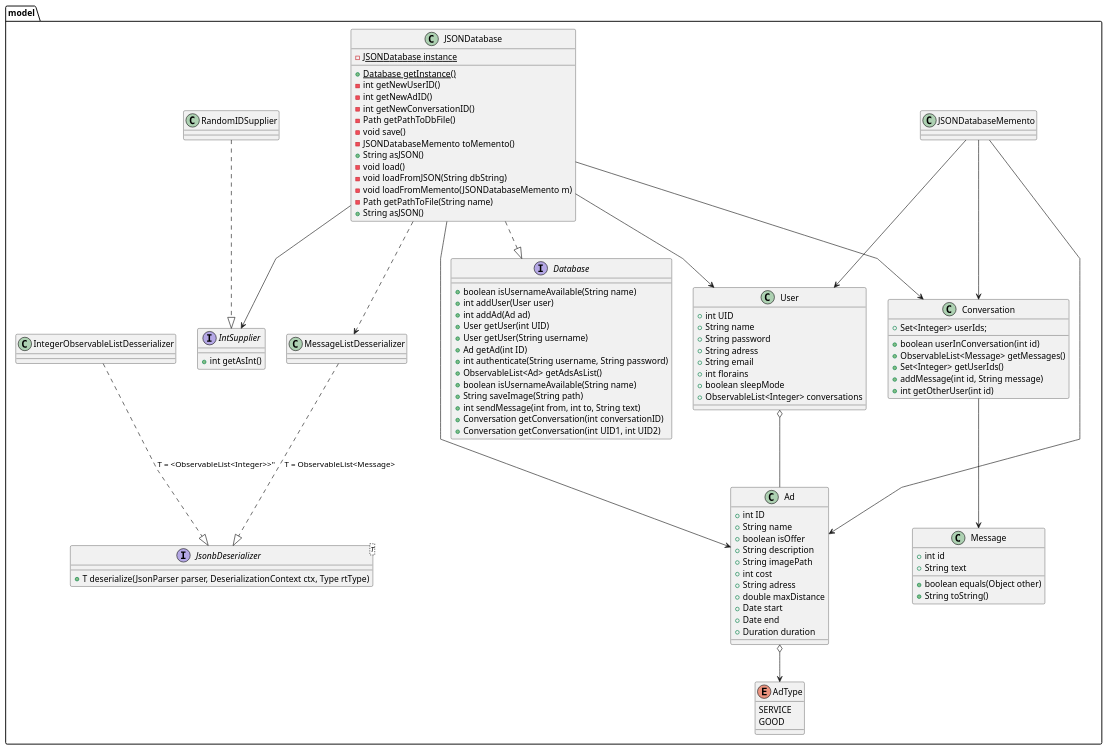
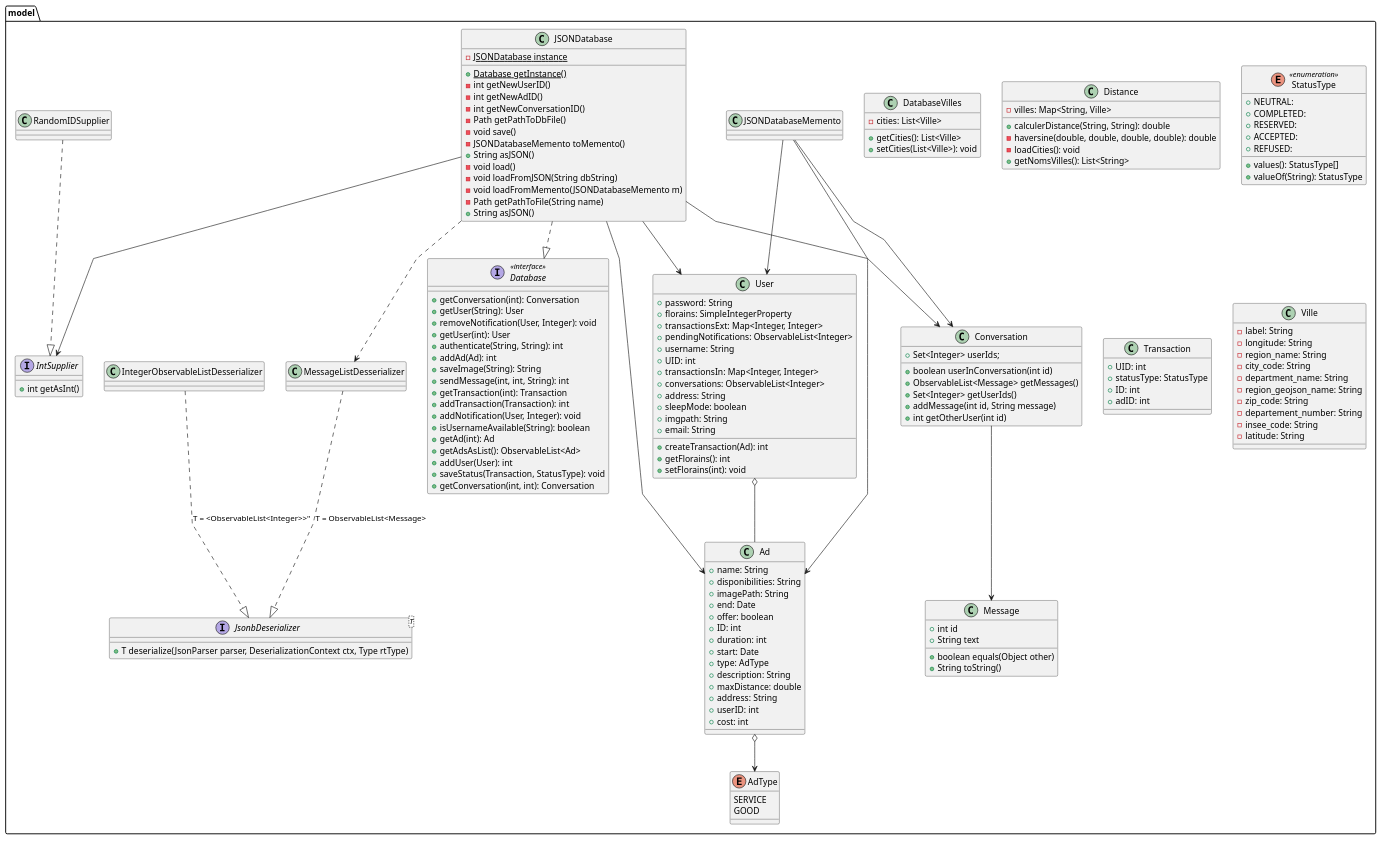
Before and after one commit to Nic0Fernandez/Direct_Dealing: the diagram in diagrams/class.puml, drawn with PlantUML. The commit also changed 1 other file, not shown here.

Commit message:
class for diagram

```diff
--- a/diagrams/class.puml
+++ b/diagrams/class.puml
@@ -1,112 +1,172 @@
 @startuml "class"
 
 skinparam linetype polyline
 package model {
   class User {
-    + int UID
-    + String name
-    + String password
-    + String adress
-    + String email
-    + int florains
-    + boolean sleepMode
-    + ObservableList<Integer> conversations
+    + password: String
+    + florains: SimpleIntegerProperty
+    + transactionsExt: Map<Integer, Integer>
+    + pendingNotifications: ObservableList<Integer>
+    + username: String
+    + UID: int
+    + transactionsIn: Map<Integer, Integer>
+    + conversations: ObservableList<Integer>
+    + address: String
+    + sleepMode: boolean
+    + imgpath: String
+    + email: String
+    + createTransaction(Ad): int
+    + getFlorains(): int
+    + setFlorains(int): void
   }
-
   User o-- Ad
 
   Enum AdType {
     SERVICE
     GOOD
   }
 
   class Ad {
-    + int ID
-    + String name
-    + boolean isOffer
-    + String description
-    + String imagePath
-    + int cost
-    + String adress
-    + double maxDistance
-    + Date start
-    + Date end
-    + Duration duration
-  }
+  + name: String
+  + disponibilities: String
+  + imagePath: String
+  + end: Date
+  + offer: boolean
+  + ID: int
+  + duration: int
+  + start: Date
+  + type: AdType
+  + description: String
+  + maxDistance: double
+  + address: String
+  + userID: int
+  + cost: int
+}
   Ad o--> AdType
 
-  interface Database {
-    + boolean isUsernameAvailable(String name)
-    + int addUser(User user)
-    + int addAd(Ad ad)
-    + User getUser(int UID)
-    + User getUser(String username)
-    + Ad getAd(int ID)
-    + int authenticate(String username, String password)
-    + ObservableList<Ad> getAdsAsList()
-    + boolean isUsernameAvailable(String name)
-    + String saveImage(String path)
-    + int sendMessage(int from, int to, String text)
-    + Conversation getConversation(int conversationID)
-    + Conversation getConversation(int UID1, int UID2)
+  interface Database << interface >> {
+    + getConversation(int): Conversation
+    + getUser(String): User
+    + removeNotification(User, Integer): void
+    + getUser(int): User
+    + authenticate(String, String): int
+    + addAd(Ad): int
+    + saveImage(String): String
+    + sendMessage(int, int, String): int
+    + getTransaction(int): Transaction
+    + addTransaction(Transaction): int
+    + addNotification(User, Integer): void
+    + isUsernameAvailable(String): boolean
+    + getAd(int): Ad
+    + getAdsAsList(): ObservableList<Ad>
+    + addUser(User): int
+    + saveStatus(Transaction, StatusType): void
+    + getConversation(int, int): Conversation
   }
+
   class JSONDatabase {
     - {static} JSONDatabase instance
     + {static} Database getInstance()
     - int getNewUserID()
     - int getNewAdID()
     - int getNewConversationID()
     - Path getPathToDbFile()
     - void save()
     - JSONDatabaseMemento toMemento()
     + String asJSON()
     - void load()
     - void loadFromJSON(String dbString)
     - void loadFromMemento(JSONDatabaseMemento m)
     - Path getPathToFile(String name)
     + String asJSON()
   }
 
+  class DatabaseVilles {
+    - cities: List<Ville>
+    + getCities(): List<Ville>
+    + setCities(List<Ville>): void
+  }
+
+  class Distance {
+    - villes: Map<String, Ville>
+    + calculerDistance(String, String): double
+    - haversine(double, double, double, double): double
+    - loadCities(): void
+    + getNomsVilles(): List<String>
+  }
+
   class Message {
     + int id
     + String text
     + boolean equals(Object other)
     + String toString()
   }
 
   class Conversation {
     + Set<Integer> userIds;
     + boolean userInConversation(int id)
     + ObservableList<Message> getMessages()
     + Set<Integer> getUserIds()
     + addMessage(int id, String message)
     + int getOtherUser(int id)
   }
+
+  enum StatusType << enumeration >> {
+    + NEUTRAL: 
+    + COMPLETED: 
+    + RESERVED: 
+    + ACCEPTED: 
+    + REFUSED: 
+    + values(): StatusType[]
+    + valueOf(String): StatusType
+  }
+
+  class Transaction {
+    + UID: int
+    + statusType: StatusType
+    + ID: int
+    + adID: int
+  }
+
+  class Ville {
+    - label: String
+    - longitude: String
+    - region_name: String
+    - city_code: String
+    - department_name: String
+    - region_geojson_name: String
+    - zip_code: String
+    - departement_number: String
+    - insee_code: String
+    - latitude: String
+  }
+
+
   Conversation --> Message
 
   JSONDatabase --> IntSupplier
   JSONDatabase ..|> Database
   JSONDatabase --> User
   JSONDatabase --> Ad
   JSONDatabase --> Conversation
   interface IntSupplier {
     + int getAsInt()
   }
 
   JSONDatabaseMemento --> User
   JSONDatabaseMemento --> Ad
   JSONDatabaseMemento --> Conversation
 
   RandomIDSupplier ..|> IntSupplier
 
   JSONDatabase ..> MessageListDesserializer
 
   MessageListDesserializer ..|> JsonbDeserializer : "T = ObservableList<Message>"
   IntegerObservableListDesserializer ..|>   JsonbDeserializer: "T = <ObservableList<Integer>>""
   interface "JsonbDeserializer<T>" as JsonbDeserializer {
     + T deserialize(JsonParser parser, DeserializationContext ctx, Type rtType)
   }
 
 }
 
 @enduml
```
